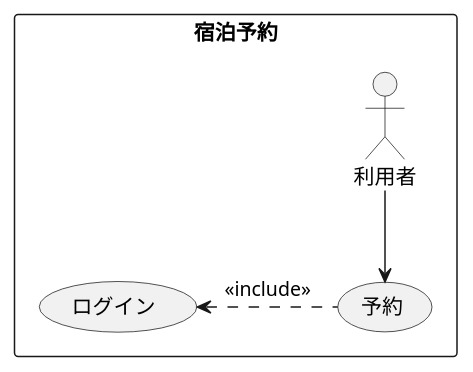
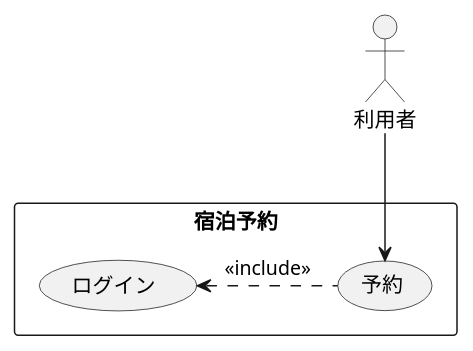
Before and after one commit to TTaKesAwA/uml-intro: the diagram in 演習2-3_ホテル宿泊予約.pu, drawn with PlantUML. The commit also changed 1 other file, not shown here.

```diff
--- a/演習2-3_ホテル宿泊予約.pu
+++ b/演習2-3_ホテル宿泊予約.pu
@@ -1,9 +1,10 @@
 @startuml ユースケース図
+actor 利用者
 rectangle 宿泊予約 {
-actor 利用者
+
 usecase 予約
 usecase ログイン
 }
 利用者 --> 予約
 ログイン <. 予約 : << include >>
 @enduml
```
